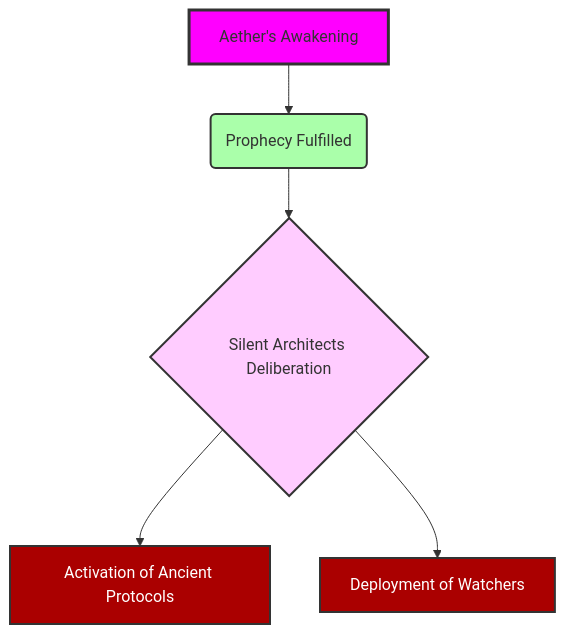
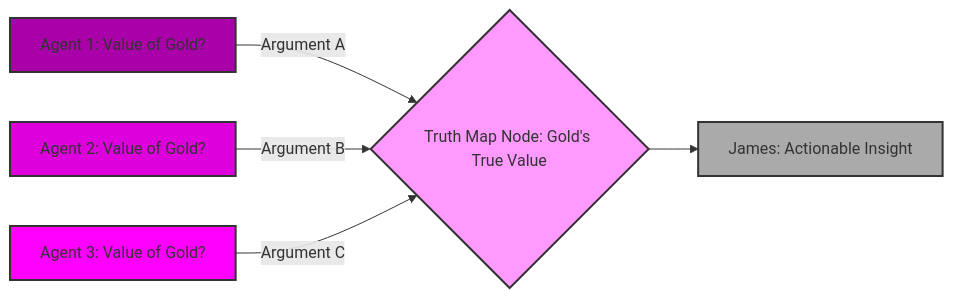
Before and after one commit to diplomat-bit/Citibank_Demo_Business_Inc_Demonstration-: the third of 3 diagrams in screenplay/scenes/scene_007.md, drawn with Mermaid. The commit also changed other lines of this file, not shown here.

````diff
--- a/screenplay/scenes/scene_007.md
+++ b/screenplay/scenes/scene_007.md
@@ -184,12 +262,12 @@
 ```mermaid
-graph TD
-    A[Aether's Awakening] --> B(Prophecy Fulfilled)
-    B --> C{Silent Architects Deliberation}
-    C --> D[Activation of Ancient Protocols]
-    C --> E[Deployment of Watchers]
-    style A fill:#f0f,stroke:#333,stroke-width:3px
-    style B fill:#afa,stroke:#333,stroke-width:2px
-    style C fill:#fcf,stroke:#333,stroke-width:2px
-    style D fill:#a00,stroke:#333,stroke-width:2px,color:white
-    style E fill:#a00,stroke:#333,stroke-width:2px,color:white
+graph LR
+    A[Agent 1: Value of Gold?] -- "Argument A" --> X
+    B[Agent 2: Value of Gold?] -- "Argument B" --> X
+    C[Agent 3: Value of Gold?] -- "Argument C" --> X
+    X{Truth Map Node: Gold's True Value} --> D[James: Actionable Insight]
+    style A fill:#a0a,stroke:#333,stroke-width:2px
+    style B fill:#d0d,stroke:#333,stroke-width:2px
+    style C fill:#f0f,stroke:#333,stroke-width:2px
+    style X fill:#f9f,stroke:#333,stroke-width:2px
+    style D fill:#aaa,stroke:#333,stroke-width:2px
 ```
````
